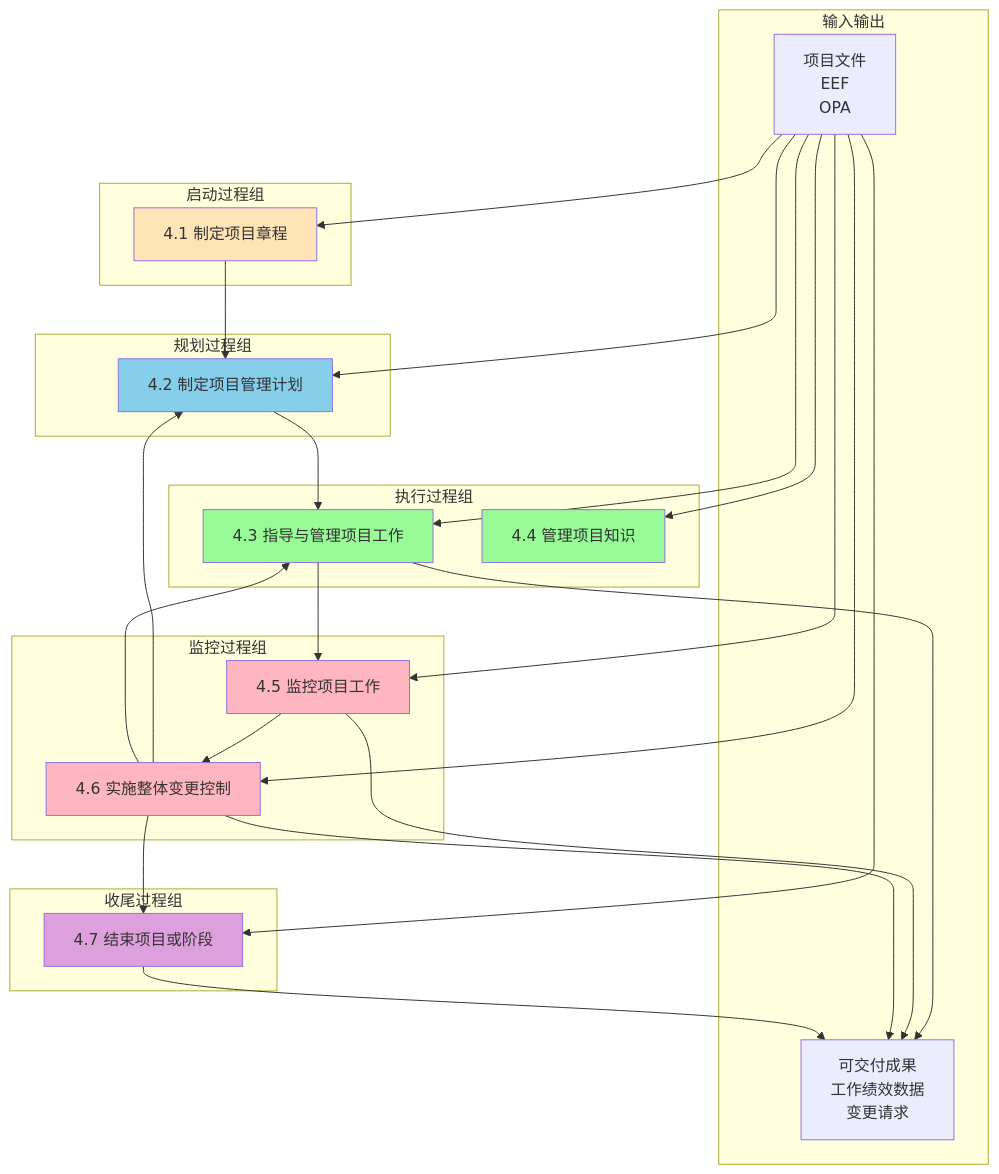
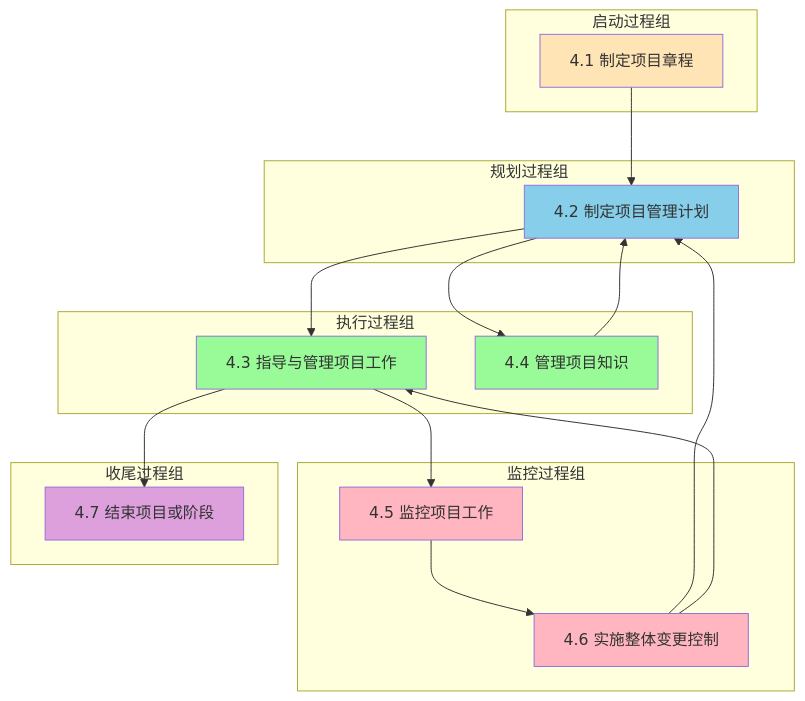
The first of 4 diagrams in notes/02-过程域核心考点精解.md (7kolor/pmp-notes), drawn with Mermaid before and after one commit. The commit also changed other lines of this file and 9 other files, not shown here.

````diff
--- a/notes/02-过程域核心考点精解.md
+++ b/notes/02-过程域核心考点精解.md
@@ -26,58 +25,40 @@
 ```mermaid
 graph TB
     subgraph 启动过程组
-        P41[4.1 制定项目章程]
+        P41["4.1 制定项目章程"]
     end
     
     subgraph 规划过程组
-        P42[4.2 制定项目管理计划]
+        P42["4.2 制定项目管理计划"]
     end
     
     subgraph 执行过程组
-        P43[4.3 指导与管理项目工作]
-        P44[4.4 管理项目知识]
+        P43["4.3 指导与管理项目工作"]
+        P44["4.4 管理项目知识"]
     end
     
     subgraph 监控过程组
-        P45[4.5 监控项目工作]
-        P46[4.6 实施整体变更控制]
+        P45["4.5 监控项目工作"]
+        P46["4.6 实施整体变更控制"]
     end
     
     subgraph 收尾过程组
-        P47[4.7 结束项目或阶段]
-    end
-    
-    subgraph 输入输出
-        INPUT[项目文件<br/>EEF<br/>OPA]
-        OUTPUT[可交付成果<br/>工作绩效数据<br/>变更请求]
+        P47["4.7 结束项目或阶段"]
     end
     
     P41 --> P42
-    P42 --> P43
+    P42 --> P43 & P44
     P43 --> P45
+    P44 --> P42
     P45 --> P46
-    P46 --> P42
-    P46 --> P43
-    P46 --> P47
-    
-    INPUT --> P41
-    INPUT --> P42
-    INPUT --> P43
-    INPUT --> P44
-    INPUT --> P45
-    INPUT --> P46
-    INPUT --> P47
-    
-    P43 --> OUTPUT
-    P45 --> OUTPUT
-    P46 --> OUTPUT
-    P47 --> OUTPUT
+    P46 --> P42 & P43
+    P43 --> P47
     
     style P41 fill:#FFE4B5
     style P42 fill:#87CEEB
     style P43 fill:#98FB98
     style P44 fill:#98FB98
     style P45 fill:#FFB6C1
     style P46 fill:#FFB6C1
     style P47 fill:#DDA0DD
 ```
````
